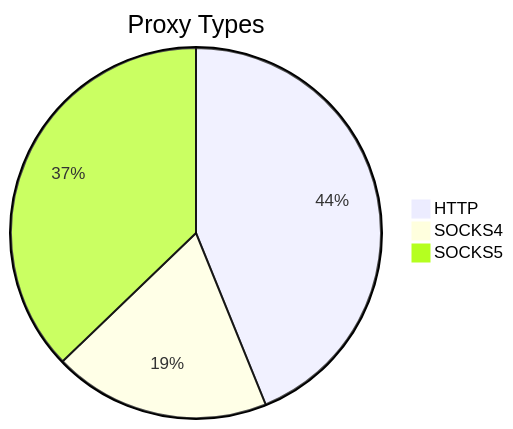
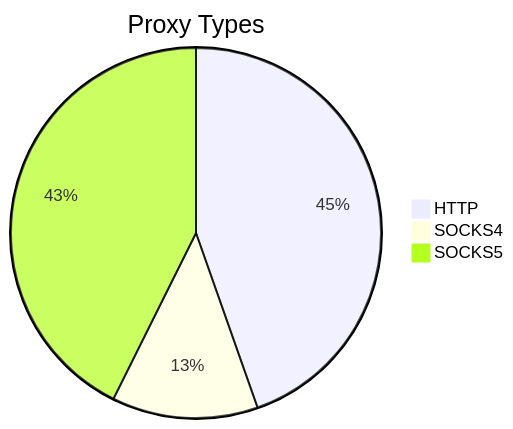
One commit to stormsia/proxy-list changed the first of 2 diagrams in README.md. Above: the diagram before and after it, drawn with Mermaid. The commit also changed other lines of this file, not shown here.

````diff
--- a/README.md
+++ b/README.md
@@ -21,6 +21,6 @@
 ```mermaid
 pie title Proxy Types
-    "HTTP" : 125
-    "SOCKS4" : 54
-    "SOCKS5" : 106
+    "HTTP" : 91
+    "SOCKS4" : 26
+    "SOCKS5" : 87
 ```
````
